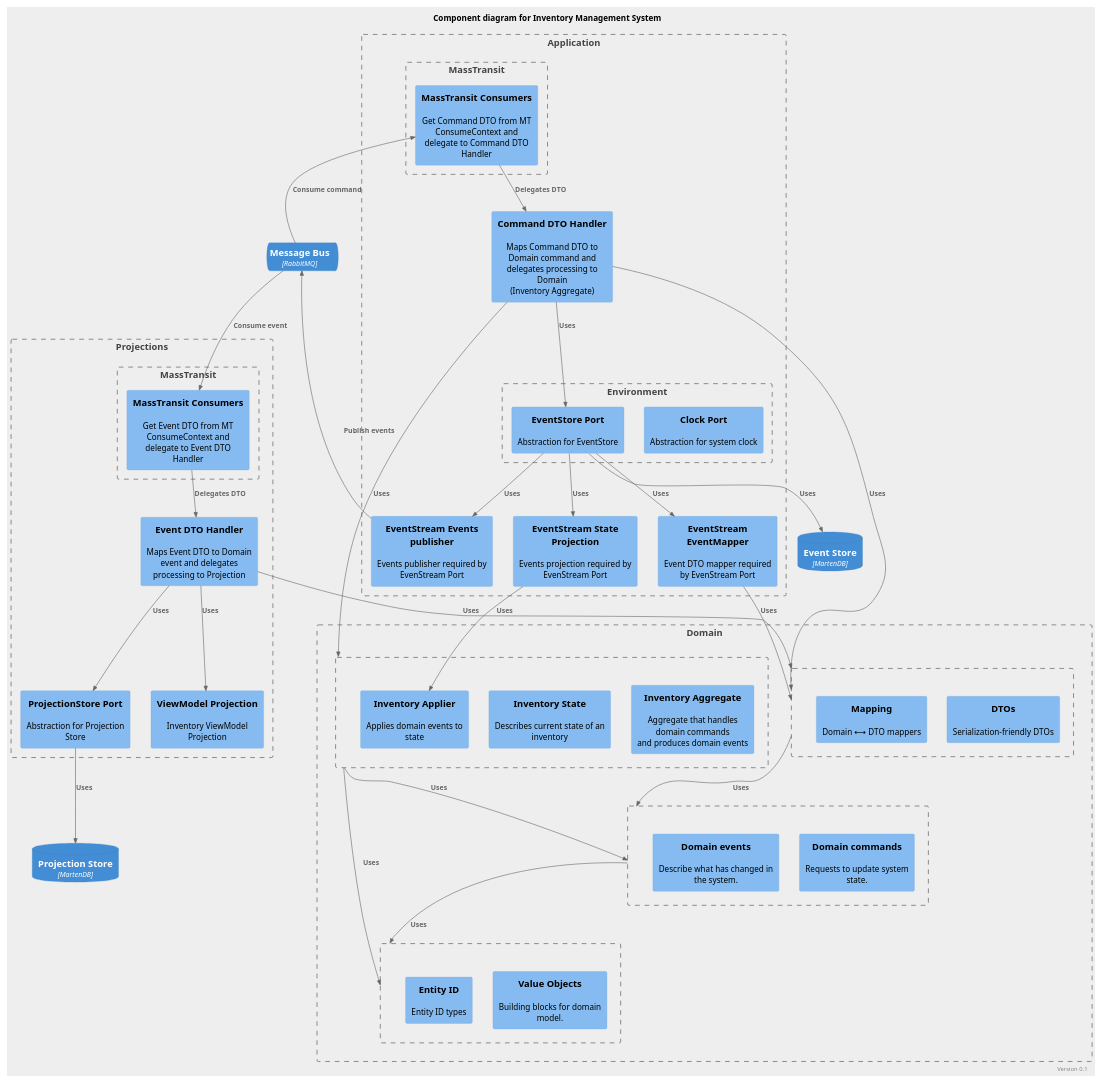
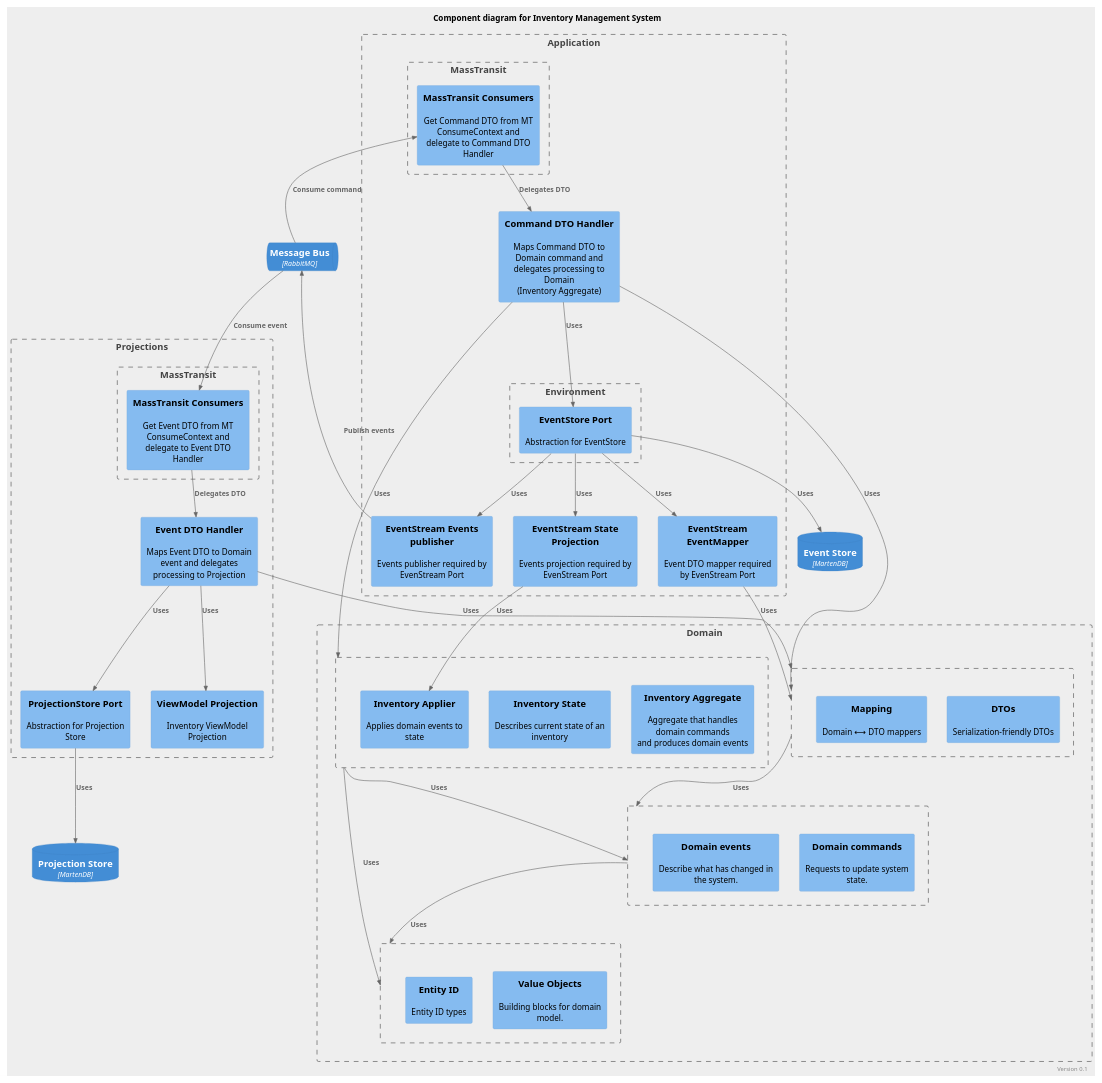
Before and after one commit to iblazhko/cqrs-fsharp: the diagram in doc/C4/component.puml, drawn with PlantUML. The commit also changed 21 other files, not shown here.

```diff
--- a/doc/C4/component.puml
+++ b/doc/C4/component.puml
@@ -1,95 +1,94 @@
 @startuml Inventory System - Component
 
 !include https://raw.githubusercontent.com/plantuml-stdlib/C4-PlantUML/master/C4_Component.puml
 skinparam defaultFontName "D-DIN"
 skinparam backgroundColor #EEEEEE
 scale 1600 width
 
 LAYOUT_TOP_DOWN()
 HIDE_STEREOTYPE()
 
 title Component diagram for Inventory Management System
 right footer Version 0.1
 
 ContainerQueue(messagebus, "Message Bus", "RabbitMQ", "")
 ContainerDb(eventstore, "Event Store", "MartenDB", "")
 ContainerDb(projectionstore, "Projection Store", "MartenDB", "")
 
 Boundary(domain_boundary, "Domain") {
     Boundary(domain_building_blocks, "") {
         Component(value_objects, "Value Objects", "", "Building blocks for domain model.")
         Component(entity_id, "Entity ID", "", "Entity ID types")
     }
 
     Boundary(domain_commands_events, "") {
         Component(domain_commands, "Domain commands", "", "Requests to update system state.")
         Component(domain_events, "Domain events", "", "Describe what has changed in the system.")
     }
 
     Boundary(domain_dto, "") {
         Component(dto, "DTOs", "", "Serialization-friendly DTOs")
         Component(mapping, "Mapping", "", "Domain ⟷ DTO mappers")
     }
 
     Boundary(domain_aggregate, "") {
         Component(aggregate, "Inventory Aggregate", "", "Aggregate that handles domain commands\nand produces domain events")
         Component(aggregate_state, "Inventory State", "", "Describes current state of an inventory")
         Component(aggregate_applier, "Inventory Applier", "", "Applies domain events to state")
     }
 
     Rel(domain_aggregate, domain_building_blocks, "Uses")
     Rel(domain_commands_events, domain_building_blocks, "Uses")
     Rel(domain_dto, domain_commands_events, "Uses")
     Rel(domain_aggregate, domain_commands_events, "Uses")
 
     Lay_D(domain_aggregate, domain_building_blocks)
     Lay_D(domain_dto, domain_commands_events)
 }
 
 Boundary(application_boundary, "Application") {
     Boundary(application_env, "Environment") {
-        Component(clock_port, "Clock Port", "", "Abstraction for system clock")
         Component(eventstore_port, "EventStore Port", "", "Abstraction for EventStore")
     }
 
     Boundary(application_mt, "MassTransit") {
         Component(app_mt_consumers, "MassTransit Consumers", "", "Get Command DTO from MT ConsumeContext and\ndelegate to Command DTO Handler")
         Rel(messagebus, app_mt_consumers, "Consume command")
     }
 
     Component(eventstream_event_mapper, "EventStream EventMapper", "", "Event DTO mapper required by EvenStream Port")
     Component(eventstream_state_projection, "EventStream State Projection", "", "Events projection required by EvenStream Port")
     Component(eventstream_publisher, "EventStream Events publisher", "", "Events publisher required by EvenStream Port")
     Component(command_dto_handler, "Command DTO Handler", "", "Maps Command DTO to Domain command and delegates processing to Domain\n(Inventory Aggregate)")
 
     Rel(app_mt_consumers, command_dto_handler, "Delegates DTO")
     Rel(command_dto_handler, domain_dto, "Uses")
     Rel(command_dto_handler, eventstore_port, "Uses")
     Rel(command_dto_handler, domain_aggregate, "Uses")
     Rel(eventstore_port, eventstream_event_mapper, "Uses")
     Rel(eventstream_event_mapper, domain_dto, "Uses")
     Rel(eventstore_port, eventstream_publisher, "Uses")
     Rel(eventstore_port, eventstream_state_projection, "Uses")
     Rel(eventstream_state_projection, aggregate_applier, "Uses")
     Rel(eventstore_port, eventstore, "Uses")
     Rel(eventstream_publisher, messagebus, "Publish events")
 }
 
 Boundary(projections_boundary, "Projections") {
     Boundary(projections_mt, "MassTransit") {
         Component(projections_mt_consumers, "MassTransit Consumers", "", "Get Event DTO from MT ConsumeContext and\ndelegate to Event DTO Handler")
         Rel(messagebus, projections_mt_consumers, "Consume event")
     }
 
     Component(event_dto_handler, "Event DTO Handler", "", "Maps Event DTO to Domain event and delegates processing to Projection")
     Component(projectionstore_port, "ProjectionStore Port", "", "Abstraction for Projection Store")
     Component(vm_projection, "ViewModel Projection", "", "Inventory ViewModel Projection")
 
     Rel(projections_mt_consumers, event_dto_handler, "Delegates DTO")
     Rel(event_dto_handler, domain_dto, "Uses")
     Rel(event_dto_handler, vm_projection, "Uses")
     Rel(event_dto_handler, projectionstore_port, "Uses")
     Rel(projectionstore_port, projectionstore, "Uses")
 }
 
 @enduml
```
